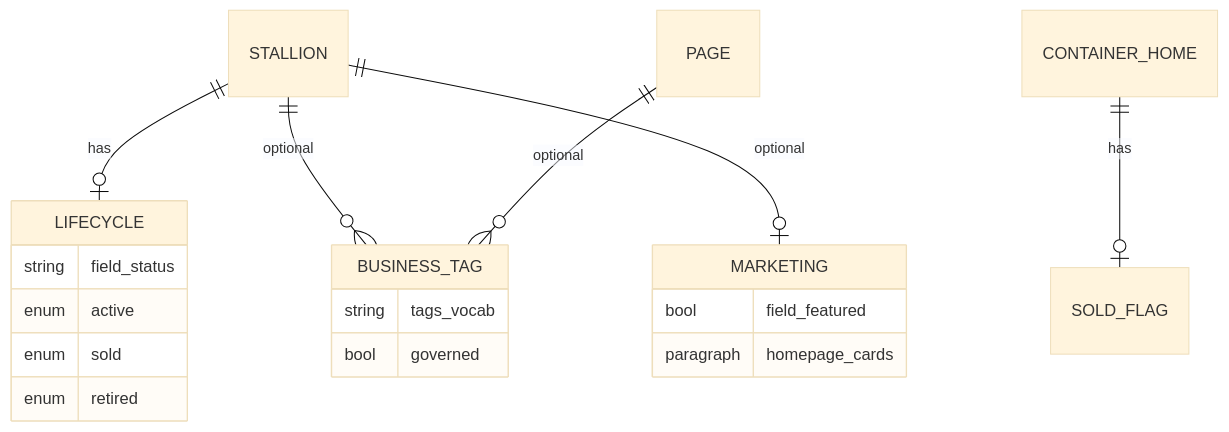
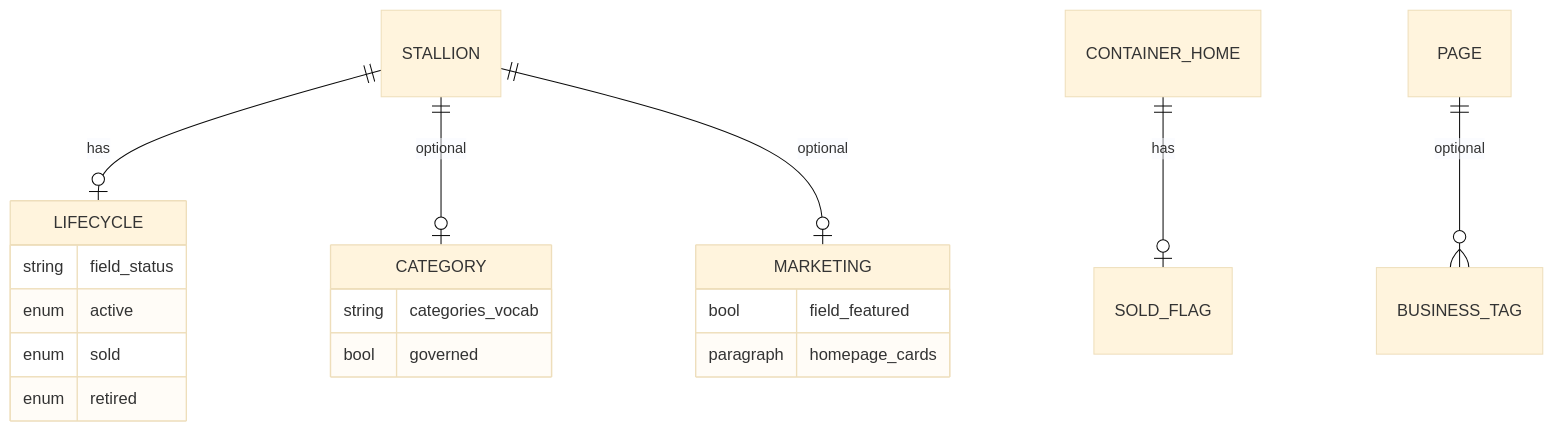
The diagram in docs/classification-domain-model.md (anna-pye/wcf), drawn with Mermaid (base theme) before and after one commit. The commit also changed other lines of this file and 20358 other files, not shown here.

````diff
--- a/docs/classification-domain-model.md
+++ b/docs/classification-domain-model.md
@@ -22,23 +22,23 @@
 ```mermaid
 erDiagram
   STALLION ||--o| LIFECYCLE : has
-  STALLION ||--o{ BUSINESS_TAG : optional
+  STALLION ||--o| CATEGORY : optional
   STALLION ||--o| MARKETING : optional
   CONTAINER_HOME ||--o| SOLD_FLAG : has
   PAGE ||--o{ BUSINESS_TAG : optional
 
   LIFECYCLE {
     string field_status
     enum active
     enum sold
     enum retired
   }
-  BUSINESS_TAG {
-    string tags_vocab
+  CATEGORY {
+    string categories_vocab
     bool governed
   }
   MARKETING {
     bool field_featured
     paragraph homepage_cards
   }
 ```
````
